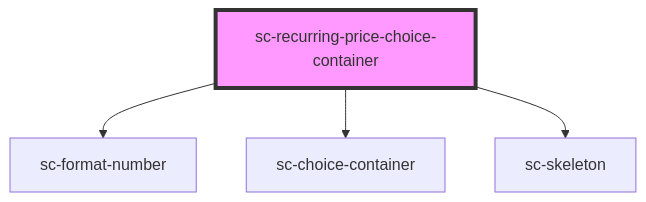
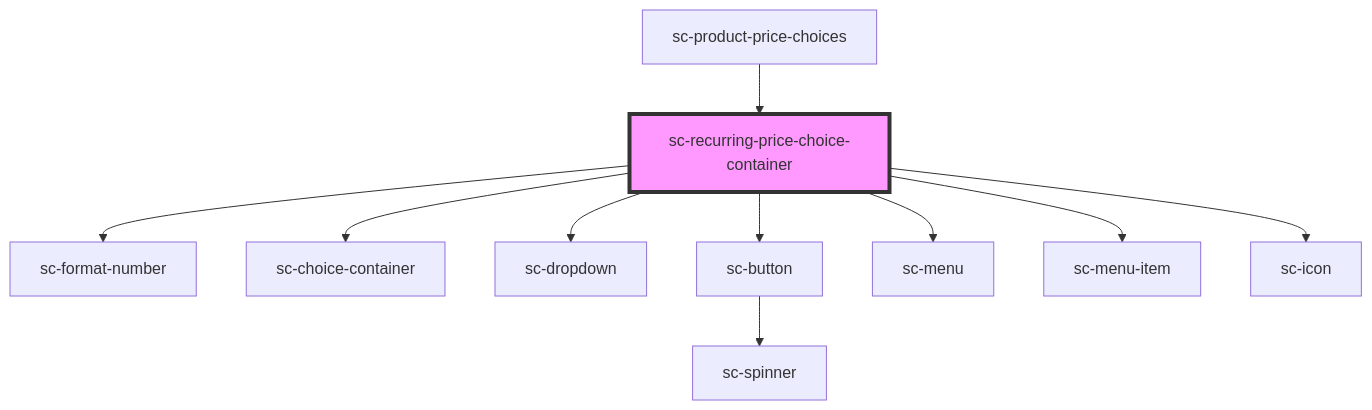
The diagram in packages/components/src/components/ui/sc-recurring-price-choice-container/readme.md (surecart/surecart-wp-plugin), drawn with Mermaid before and after one commit. The commit also changed other lines of this file and 23 other files, not shown here.

````diff
--- a/packages/components/src/components/ui/sc-recurring-price-choice-container/readme.md
+++ b/packages/components/src/components/ui/sc-recurring-price-choice-container/readme.md
@@ -39,7 +51,13 @@
 ```mermaid
 graph TD;
   sc-recurring-price-choice-container --> sc-format-number
   sc-recurring-price-choice-container --> sc-choice-container
-  sc-recurring-price-choice-container --> sc-skeleton
+  sc-recurring-price-choice-container --> sc-dropdown
+  sc-recurring-price-choice-container --> sc-button
+  sc-recurring-price-choice-container --> sc-menu
+  sc-recurring-price-choice-container --> sc-menu-item
+  sc-recurring-price-choice-container --> sc-icon
+  sc-button --> sc-spinner
+  sc-product-price-choices --> sc-recurring-price-choice-container
   style sc-recurring-price-choice-container fill:#f9f,stroke:#333,stroke-width:4px
 ```
````
